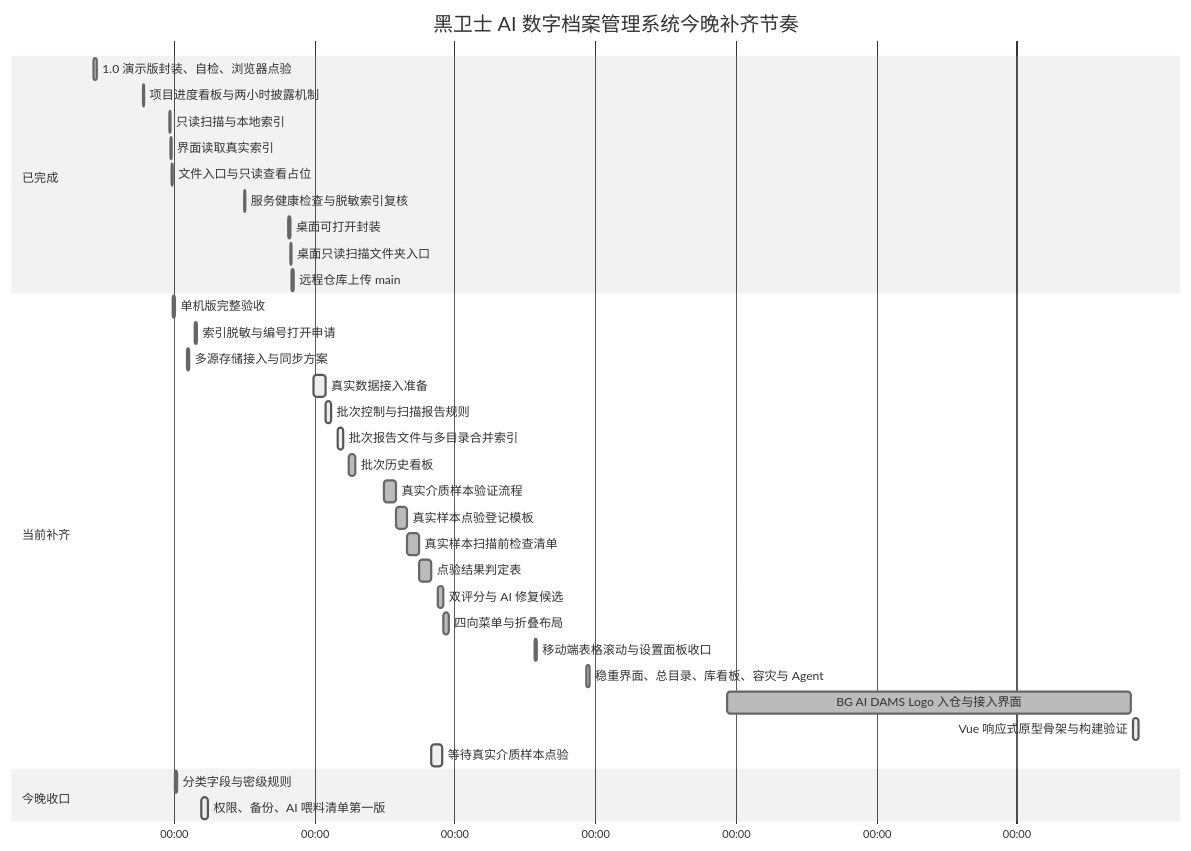
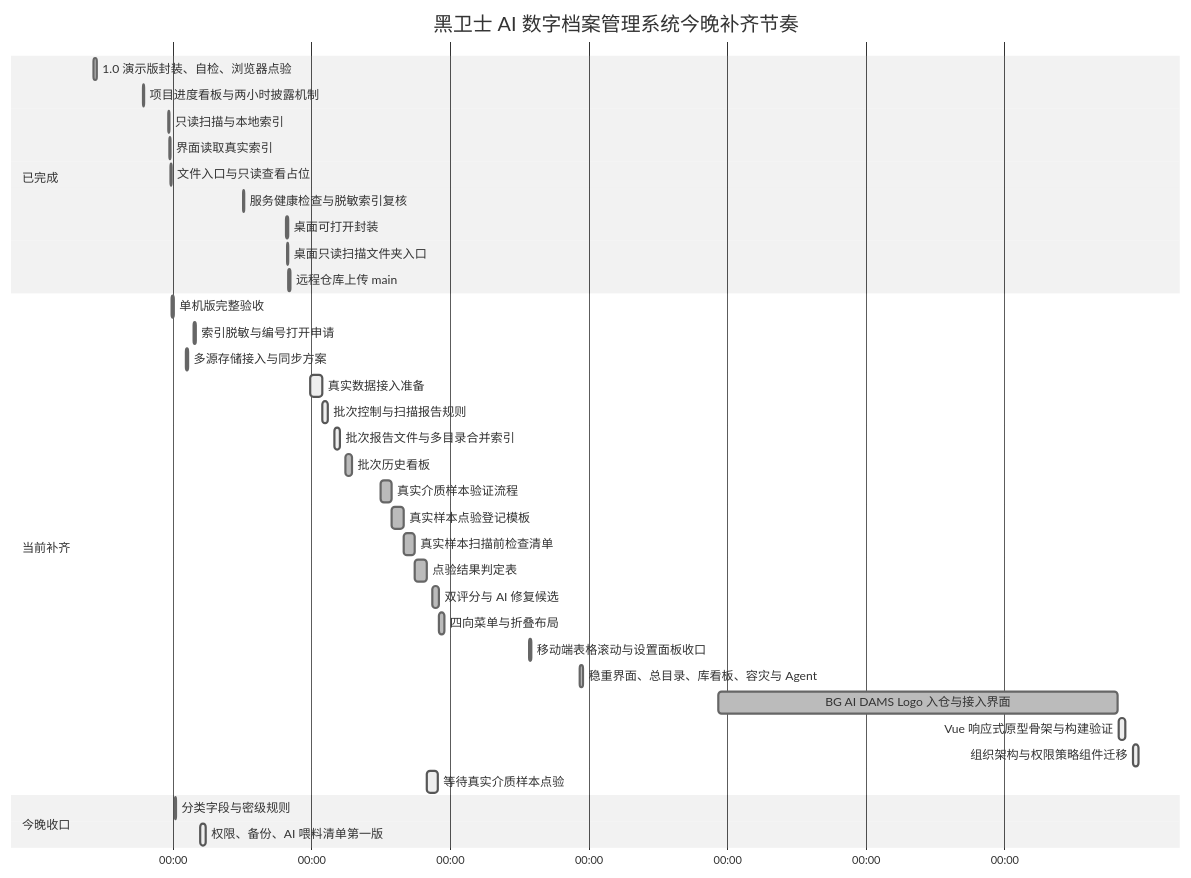
One commit to okalexhohongkong/Alex-Code-Repository changed the diagram in 项目进度看板.md. Above: the diagram before and after it, drawn with Mermaid (neutral theme). The commit also changed other lines of this file and 13 other files, not shown here.

````diff
--- a/项目进度看板.md
+++ b/项目进度看板.md
@@ -19,41 +20,42 @@
 ```mermaid
 gantt
   title 黑卫士 AI 数字档案管理系统今晚补齐节奏
   dateFormat  YYYY-MM-DD HH:mm
   axisFormat  %H:%M
 
   section 已完成
   1.0 演示版封装、自检、浏览器点验        :done, demo-1, 2026-06-21 20:30, 1h
   项目进度看板与两小时披露机制             :done, demo-2, 2026-06-22 13:30, 25m
   只读扫描与本地索引                      :done, local-2, 2026-06-22 22:30, 25m
   界面读取真实索引                        :done, local-3, 2026-06-22 22:55, 20m
   文件入口与只读查看占位                   :done, local-4, 2026-06-22 23:05, 25m
   服务健康检查与脱敏索引复核                :done, local-health, 2026-06-24 00:10, 20m
   桌面可打开封装                           :done, desktop-1, 2026-06-24 15:10, 35m
   桌面只读扫描文件夹入口                    :done, desktop-2, 2026-06-24 15:43, 20m
   远程仓库上传 main                         :done, remote-1, 2026-06-24 16:00, 45m
 
   section 当前补齐
   单机版完整验收                          :done, local-5, 2026-06-22 23:35, 35m
   索引脱敏与编号打开申请                   :done, local-6, 2026-06-23 07:10, 35m
   多源存储接入与同步方案                   :done, storage-1, 2026-06-23 04:30, 35m
   真实数据接入准备                         :active, intake-1, 2026-06-24 23:42, 4h
   批次控制与扫描报告规则                   :active, intake-2, 2026-06-25 03:44, 2h
   批次报告文件与多目录合并索引              :active, intake-3, 2026-06-25 07:47, 2h
   批次历史看板                            :done, intake-4, 2026-06-25 11:50, 2h
   真实介质样本验证流程                    :done, intake-5, 2026-06-25 23:45, 4h
   真实样本点验登记模板                    :done, intake-6, 2026-06-26 03:46, 4h
   真实样本扫描前检查清单                  :done, intake-7, 2026-06-26 07:46, 4h
   点验结果判定表                          :done, intake-8, 2026-06-26 11:46, 4h
   双评分与 AI 修复候选                    :done, ui-score-1, 2026-06-26 18:00, 2h
   四向菜单与折叠布局                      :done, ui-menu-1, 2026-06-26 20:00, 2h
   移动端表格滚动与设置面板收口              :done, ui-mobile-1, 2026-06-28 03:20, 35m
   稳重界面、总目录、库看板、容灾与 Agent     :done, ui-search-1, 2026-06-28 21:00, 1h
   BG AI DAMS Logo 入仓与接入界面              :done, brand-1, 2026-06-30 21:00, 2026-07-06 15:10
   Vue 响应式原型骨架与构建验证                  :active, vue-1, 2026-07-06 15:40, 2h
+  组织架构与权限策略组件迁移                    :active, vue-2, 2026-07-06 20:20, 2h
   等待真实介质样本点验                    :active, intake-9, 2026-06-26 15:46, 4h
 
   section 今晚收口
   分类字段与密级规则                       :done, class-1, 2026-06-23 00:30, 45m
   权限、备份、AI 喂料清单第一版             :active, class-2, 2026-06-23 09:30, 2h
 ```
````
